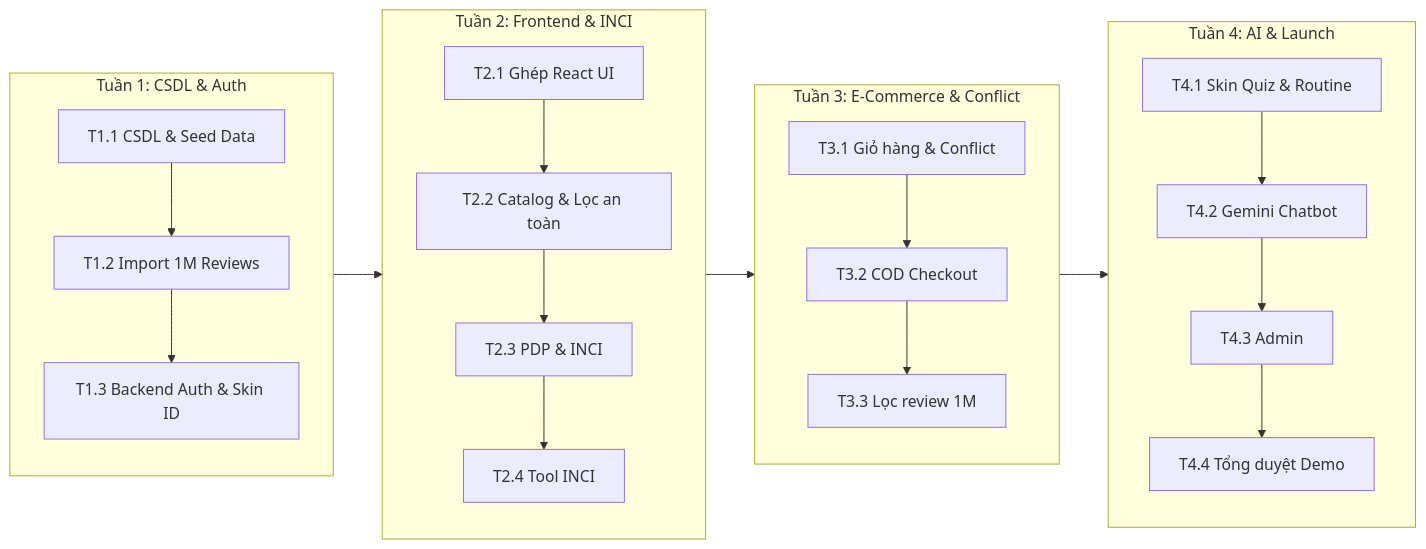
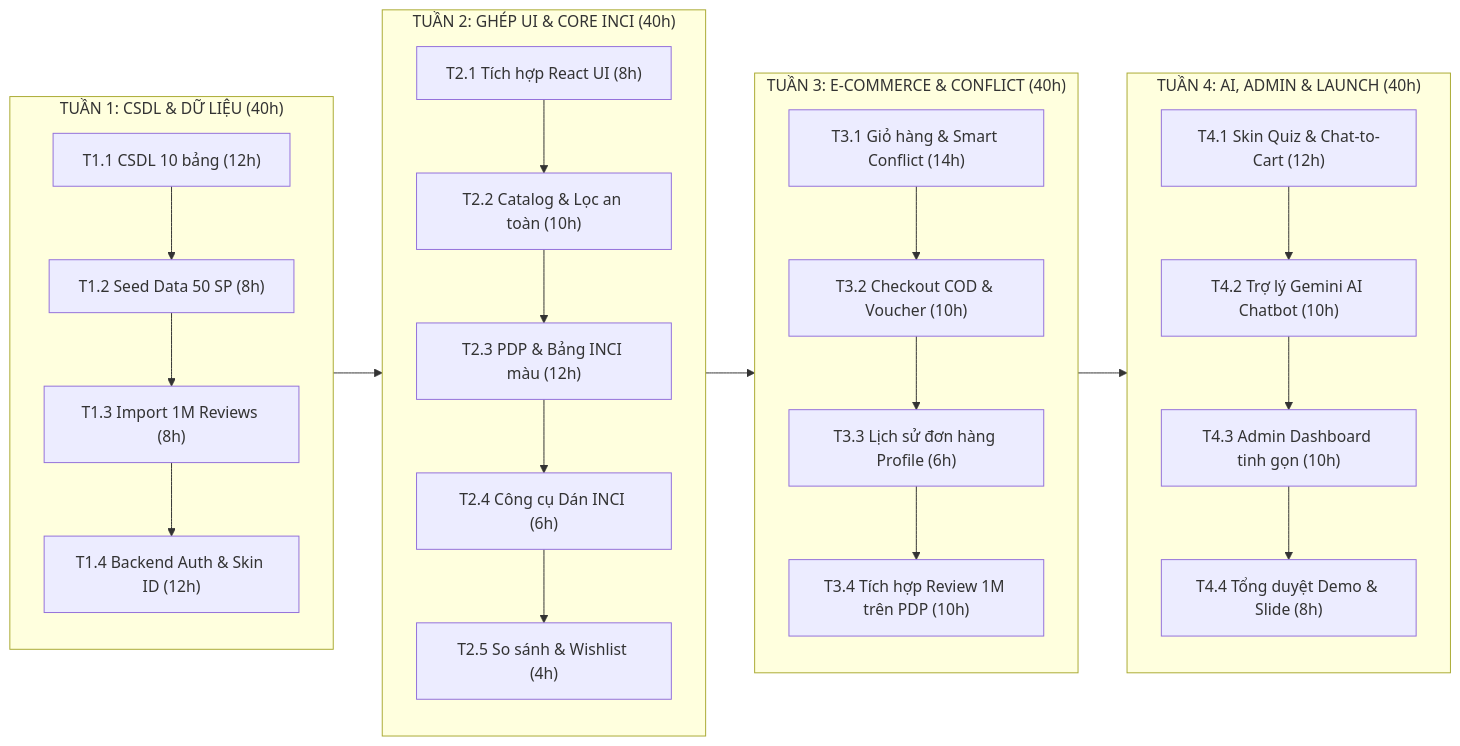
The diagram in docs/_plans/beauty_ai_plan_phase_1.md (keplertuyen/beauty_ai), drawn with Mermaid before and after one commit. The commit also changed other lines of this file and 3 other files, not shown here.

````diff
--- a/docs/_plans/beauty_ai_plan_phase_1.md
+++ b/docs/_plans/beauty_ai_plan_phase_1.md
@@ -18,16 +44,29 @@
 ```mermaid
 flowchart LR
-    subgraph W1["Tuần 1: CSDL & Auth"]
-        T11["T1.1 CSDL & Seed Data"] --> T12["T1.2 Import 1M Reviews"] --> T13["T1.3 Backend Auth & Skin ID"]
+    subgraph W1["TUẦN 1: CSDL & DỮ LIỆU (40h)"]
+        T11["T1.1 CSDL 10 bảng (12h)"] --> T12["T1.2 Seed Data 50 SP (8h)"]
+        T12 --> T13["T1.3 Import 1M Reviews (8h)"]
+        T13 --> T14["T1.4 Backend Auth & Skin ID (12h)"]
     end
-    subgraph W2["Tuần 2: Frontend & INCI"]
-        T21["T2.1 Ghép React UI"] --> T22["T2.2 Catalog & Lọc an toàn"] --> T23["T2.3 PDP & INCI"] --> T24["T2.4 Tool INCI"]
+
+    subgraph W2["TUẦN 2: GHÉP UI & CORE INCI (40h)"]
+        T21["T2.1 Tích hợp React UI (8h)"] --> T22["T2.2 Catalog & Lọc an toàn (10h)"]
+        T22 --> T23["T2.3 PDP & Bảng INCI màu (12h)"]
+        T23 --> T24["T2.4 Công cụ Dán INCI (6h)"]
+        T24 --> T25["T2.5 So sánh & Wishlist (4h)"]
     end
-    subgraph W3["Tuần 3: E-Commerce & Conflict"]
-        T31["T3.1 Giỏ hàng & Conflict"] --> T32["T3.2 COD Checkout"] --> T33["T3.3 Lọc review 1M"]
+
+    subgraph W3["TUẦN 3: E-COMMERCE & CONFLICT (40h)"]
+        T31["T3.1 Giỏ hàng & Smart Conflict (14h)"] --> T32["T3.2 Checkout COD & Voucher (10h)"]
+        T32 --> T33["T3.3 Lịch sử đơn hàng Profile (6h)"]
+        T33 --> T34["T3.4 Tích hợp Review 1M trên PDP (10h)"]
     end
-    subgraph W4["Tuần 4: AI & Launch"]
-        T41["T4.1 Skin Quiz & Routine"] --> T42["T4.2 Gemini Chatbot"] --> T43["T4.3 Admin"] --> T44["T4.4 Tổng duyệt Demo"]
+
+    subgraph W4["TUẦN 4: AI, ADMIN & LAUNCH (40h)"]
+        T41["T4.1 Skin Quiz & Chat-to-Cart (12h)"] --> T42["T4.2 Trợ lý Gemini AI Chatbot (10h)"]
+        T42 --> T43["T4.3 Admin Dashboard tinh gọn (10h)"]
+        T43 --> T44["T4.4 Tổng duyệt Demo & Slide (8h)"]
     end
+
     W1 --> W2 --> W3 --> W4
 ```
````
